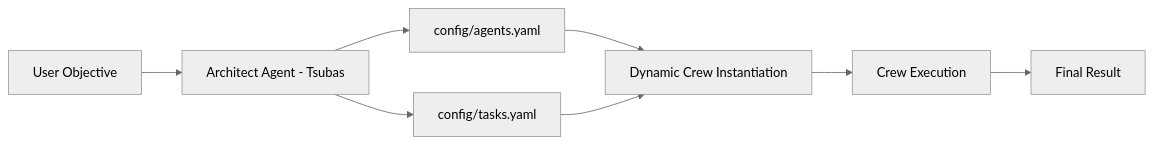
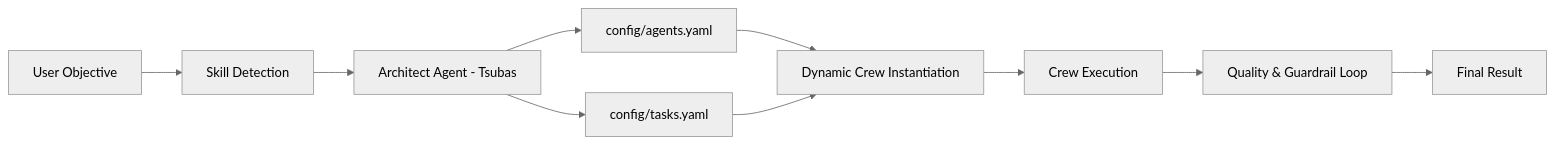
One commit to gabe-martins/tsubas-agent changed the diagram in README.md. Above: the diagram before and after it, drawn with Mermaid (neutral theme). The commit also changed other lines of this file and 3 other files, not shown here.

````diff
--- a/README.md
+++ b/README.md
@@ -19,10 +19,12 @@
 ```mermaid
 flowchart LR
-    A[User Objective] --> B[Architect Agent - Tsubas]
+    A[User Objective] --> S[Skill Detection]
+    S --> B[Architect Agent - Tsubas]
     B --> C[config/agents.yaml]
     B --> D[config/tasks.yaml]
     C --> E[Dynamic Crew Instantiation]
     D --> E
     E --> F[Crew Execution]
-    F --> G[Final Result]
+    F --> H[Quality & Guardrail Loop]
+    H --> G[Final Result]
 ```
````
